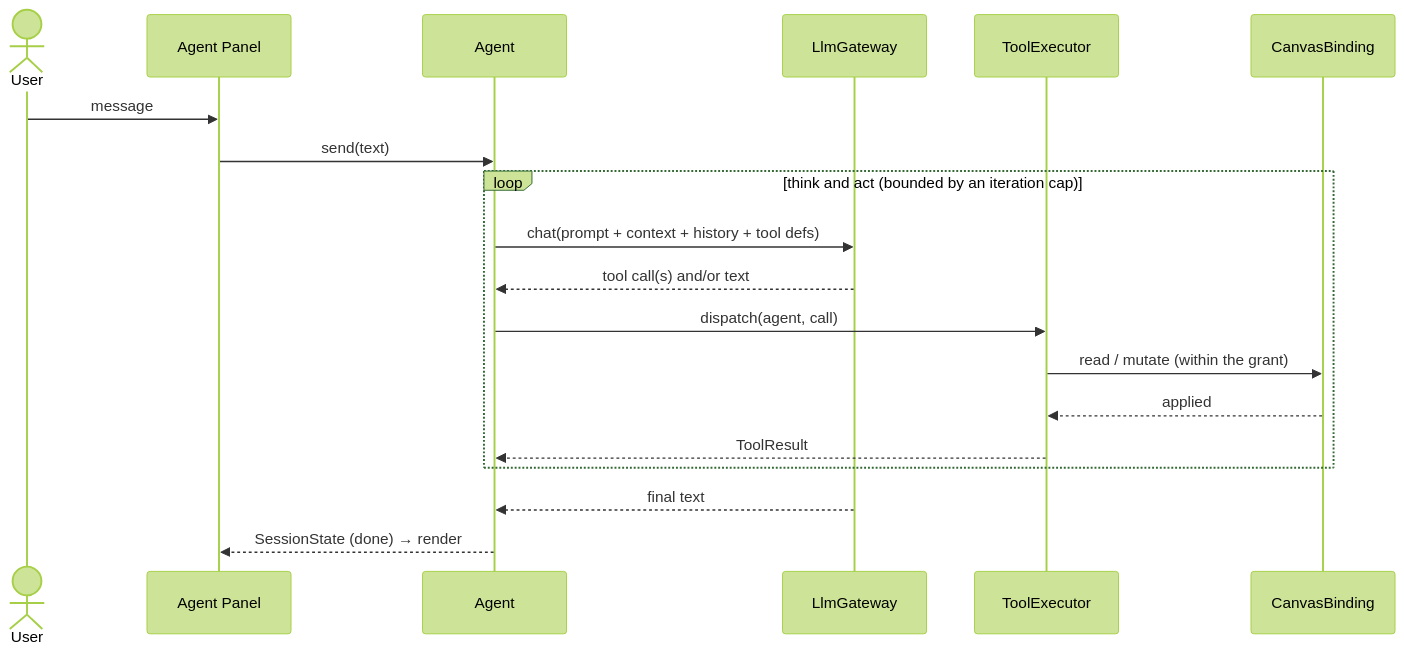
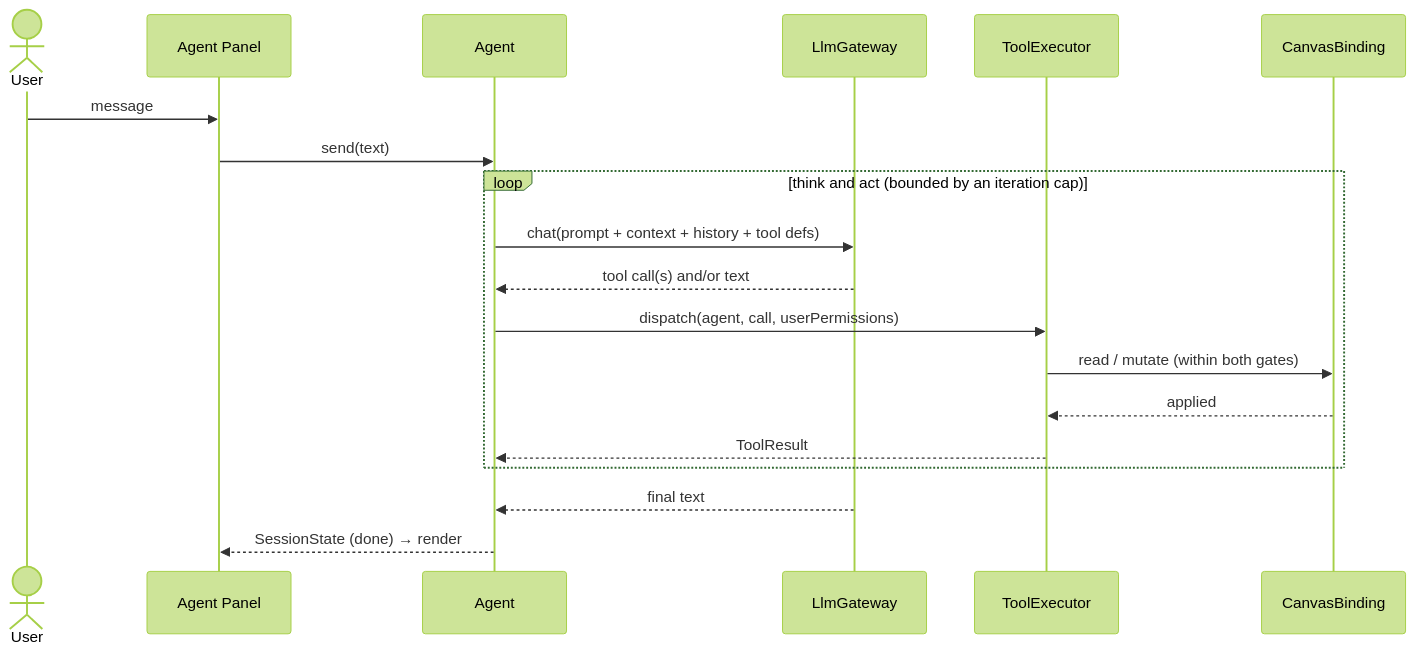
Before and after one commit to lemoncloud-io/eureka-flow: the third of 3 diagrams in docs/browser-agent/design/architecture.md, drawn with Mermaid (forest theme). The commit also changed other lines of this file and 80 other files, not shown here.

````diff
--- a/docs/browser-agent/design/architecture.md
+++ b/docs/browser-agent/design/architecture.md
@@ -114,22 +124,22 @@
 ```mermaid
 sequenceDiagram
     actor User
     participant Panel as Agent Panel
     participant Agent
     participant LLM as LlmGateway
     participant Tools as ToolExecutor
     participant Canvas as CanvasBinding
 
     User->>Panel: message
     Panel->>Agent: send(text)
     loop think and act (bounded by an iteration cap)
         Agent->>LLM: chat(prompt + context + history + tool defs)
         LLM-->>Agent: tool call(s) and/or text
-        Agent->>Tools: dispatch(agent, call)
-        Tools->>Canvas: read / mutate (within the grant)
+        Agent->>Tools: dispatch(agent, call, userPermissions)
+        Tools->>Canvas: read / mutate (within both gates)
         Canvas-->>Tools: applied
         Tools-->>Agent: ToolResult
     end
     LLM-->>Agent: final text
     Agent-->>Panel: SessionState (done) → render
 ```
````
